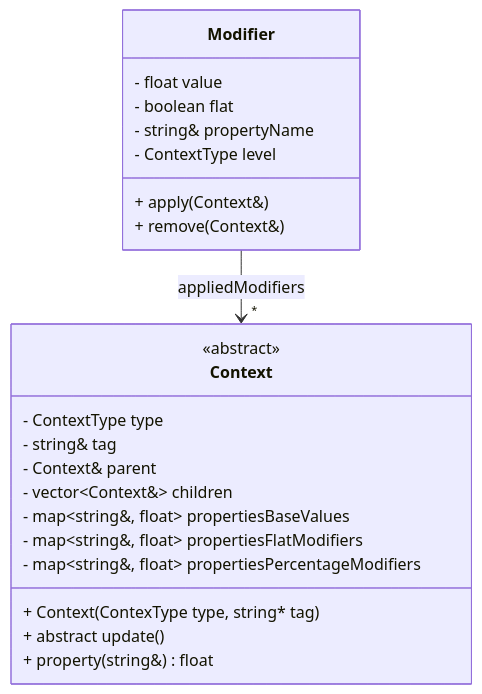
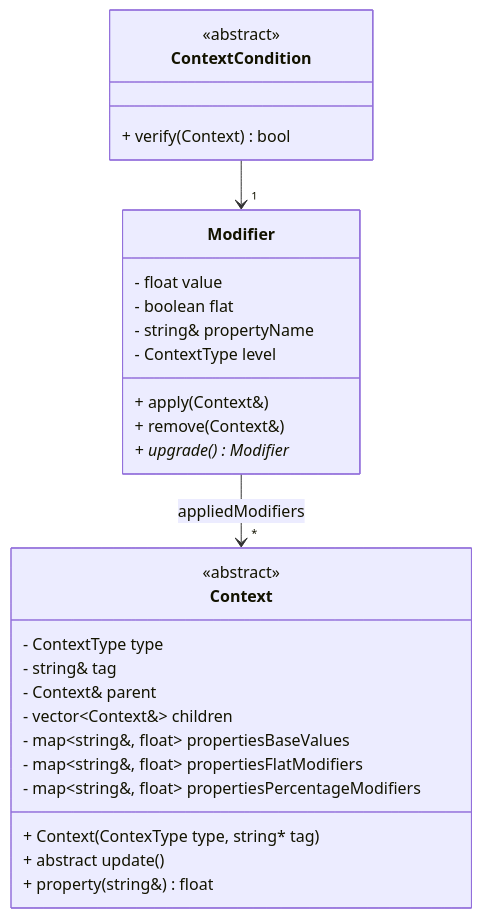
Before and after one commit to StrangeClone/SSequel: the second of 4 diagrams in desing.md, drawn with Mermaid. The commit also changed other lines of this file and 15 other files, not shown here.

````diff
--- a/desing.md
+++ b/desing.md
@@ -37,25 +36,31 @@
 ```mermaid
 classDiagram
     class Context {
         <<abstract>>
         - ContextType type
         - string& tag
         - Context& parent
         - vector~Context&~ children
         - map~string&, float~ propertiesBaseValues
         - map~string&, float~ propertiesFlatModifiers
         - map~string&, float~ propertiesPercentageModifiers
         + Context(ContexType type, string* tag)
         + abstract update()
         + property(string&) float
     }
     class Modifier {
         - float value
         - boolean flat
         - string& propertyName
         - ContextType level
         + apply(Context&)
         + remove(Context&)
+        + upgrade() Modifier*
     }
     Modifier --> "*" Context : appliedModifiers
+    class ContextCondition {
+        <<abstract>>
+        + verify(Context) bool
+    }
+    ContextCondition --> "1" Modifier
 ```
````
